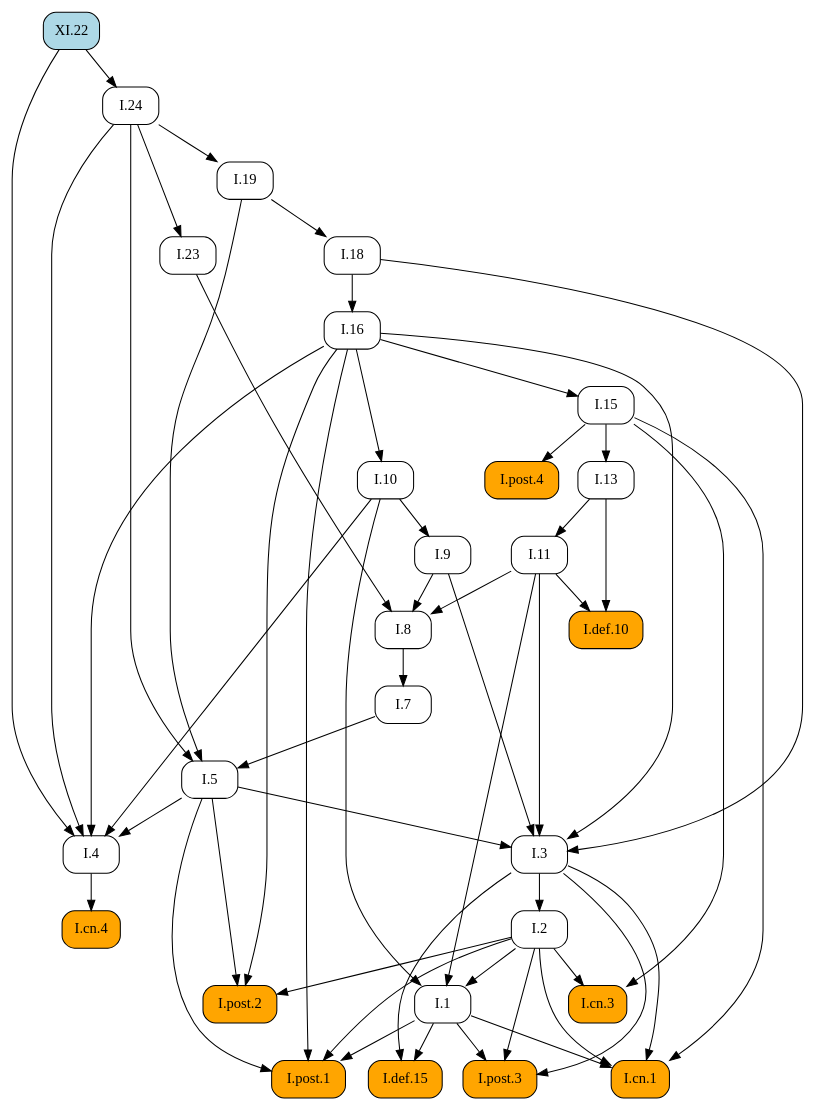
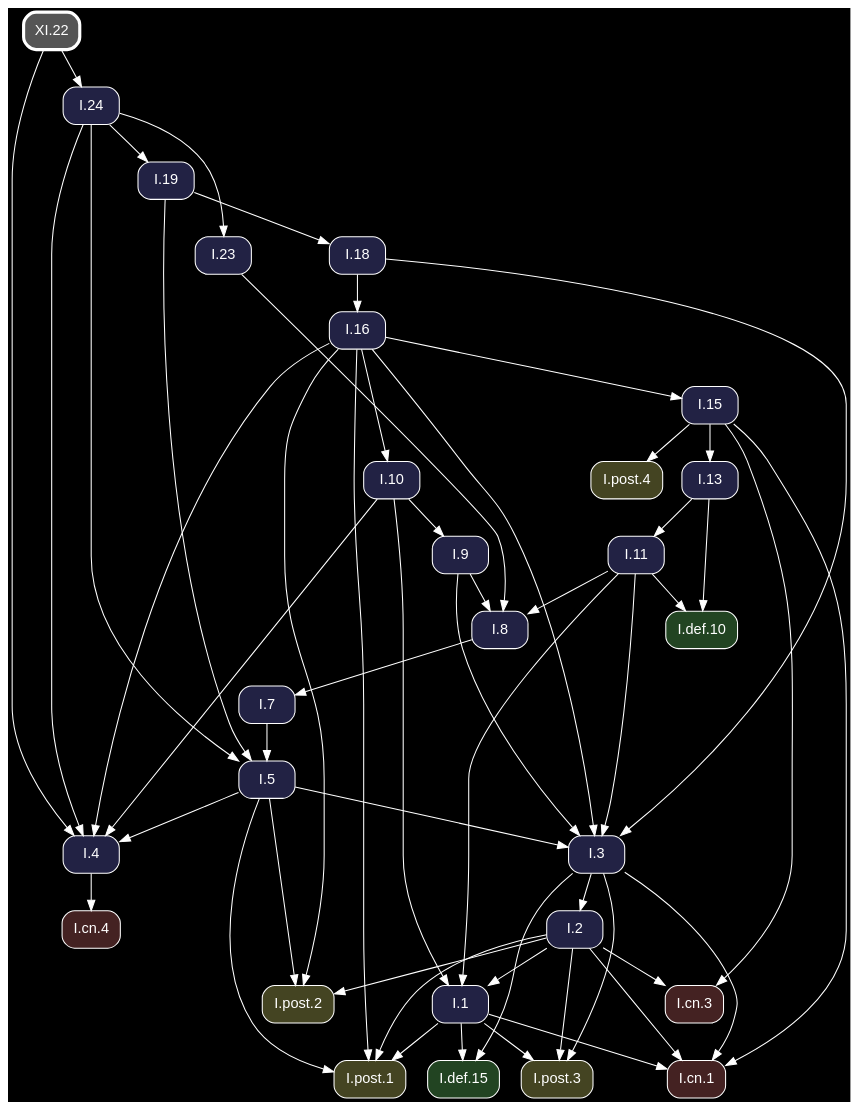
Before and after one commit to geometor/elements: the diagram in docsrc/heath/XI/22/index.rst, drawn with Graphviz. The commit also changed other lines of this file and 1200 other files, not shown here.

Commit message:
update dependency graphs

```diff
--- a/docsrc/heath/XI/22/index.rst
+++ b/docsrc/heath/XI/22/index.rst
@@ -54,86 +54,88 @@
 .. graphviz::
 
    digraph {
+     bgcolor="black";
+     node [shape=box, style="rounded,filled", fontname="Helvetica", color="white", fontcolor="white"];
+     edge [color="white", fontcolor="white"];
      rankdir="TB";
-     node [shape=box, style=rounded];
-     "I.23" [URL="/heath/I/23/", target="_top"];
-     "I.9" [URL="/heath/I/9/", target="_top"];
-     "I.cn.1" [style="rounded,filled", fillcolor=orange, URL="/heath/I/cn.1/", target="_top"];
-     "XI.22" [style="rounded,filled", fillcolor=lightblue, URL="/heath/XI/22/", target="_top"];
-     "I.7" [URL="/heath/I/7/", target="_top"];
-     "I.2" [URL="/heath/I/2/", target="_top"];
-     "I.def.15" [style="rounded,filled", fillcolor=orange, URL="/heath/I/def.15/", target="_top"];
-     "I.13" [URL="/heath/I/13/", target="_top"];
-     "I.post.4" [style="rounded,filled", fillcolor=orange, URL="/heath/I/post.4/", target="_top"];
-     "I.4" [URL="/heath/I/4/", target="_top"];
-     "I.1" [URL="/heath/I/1/", target="_top"];
-     "I.post.3" [style="rounded,filled", fillcolor=orange, URL="/heath/I/post.3/", target="_top"];
-     "I.post.1" [style="rounded,filled", fillcolor=orange, URL="/heath/I/post.1/", target="_top"];
-     "I.5" [URL="/heath/I/5/", target="_top"];
-     "I.19" [URL="/heath/I/19/", target="_top"];
-     "I.8" [URL="/heath/I/8/", target="_top"];
-     "I.cn.3" [style="rounded,filled", fillcolor=orange, URL="/heath/I/cn.3/", target="_top"];
-     "I.16" [URL="/heath/I/16/", target="_top"];
-     "I.def.10" [style="rounded,filled", fillcolor=orange, URL="/heath/I/def.10/", target="_top"];
-     "I.18" [URL="/heath/I/18/", target="_top"];
-     "I.15" [URL="/heath/I/15/", target="_top"];
-     "I.10" [URL="/heath/I/10/", target="_top"];
-     "I.11" [URL="/heath/I/11/", target="_top"];
-     "I.cn.4" [style="rounded,filled", fillcolor=orange, URL="/heath/I/cn.4/", target="_top"];
-     "I.post.2" [style="rounded,filled", fillcolor=orange, URL="/heath/I/post.2/", target="_top"];
-     "I.24" [URL="/heath/I/24/", target="_top"];
-     "I.3" [URL="/heath/I/3/", target="_top"];
-     "I.24" -> "I.23";
-     "I.10" -> "I.9";
+     "I.3" [fillcolor="#222244", URL="/heath/I/3/", target="_top"];
+     "I.post.1" [fillcolor="#444422", URL="/heath/I/post.1/", target="_top"];
+     "I.cn.1" [fillcolor="#442222", URL="/heath/I/cn.1/", target="_top"];
+     "I.19" [fillcolor="#222244", URL="/heath/I/19/", target="_top"];
+     "I.def.10" [fillcolor="#224422", URL="/heath/I/def.10/", target="_top"];
+     "I.15" [fillcolor="#222244", URL="/heath/I/15/", target="_top"];
+     "I.11" [fillcolor="#222244", URL="/heath/I/11/", target="_top"];
+     "I.16" [fillcolor="#222244", URL="/heath/I/16/", target="_top"];
+     "I.cn.3" [fillcolor="#442222", URL="/heath/I/cn.3/", target="_top"];
+     "I.13" [fillcolor="#222244", URL="/heath/I/13/", target="_top"];
+     "I.2" [fillcolor="#222244", URL="/heath/I/2/", target="_top"];
+     "I.24" [fillcolor="#222244", URL="/heath/I/24/", target="_top"];
+     "I.post.2" [fillcolor="#444422", URL="/heath/I/post.2/", target="_top"];
+     "I.cn.4" [fillcolor="#442222", URL="/heath/I/cn.4/", target="_top"];
+     "XI.22" [penwidth=3, color="white", fillcolor="#555555", URL="/heath/XI/22/", target="_top"];
+     "I.9" [fillcolor="#222244", URL="/heath/I/9/", target="_top"];
+     "I.1" [fillcolor="#222244", URL="/heath/I/1/", target="_top"];
+     "I.post.4" [fillcolor="#444422", URL="/heath/I/post.4/", target="_top"];
+     "I.23" [fillcolor="#222244", URL="/heath/I/23/", target="_top"];
+     "I.8" [fillcolor="#222244", URL="/heath/I/8/", target="_top"];
+     "I.4" [fillcolor="#222244", URL="/heath/I/4/", target="_top"];
+     "I.post.3" [fillcolor="#444422", URL="/heath/I/post.3/", target="_top"];
+     "I.18" [fillcolor="#222244", URL="/heath/I/18/", target="_top"];
+     "I.7" [fillcolor="#222244", URL="/heath/I/7/", target="_top"];
+     "I.def.15" [fillcolor="#224422", URL="/heath/I/def.15/", target="_top"];
+     "I.5" [fillcolor="#222244", URL="/heath/I/5/", target="_top"];
+     "I.10" [fillcolor="#222244", URL="/heath/I/10/", target="_top"];
+     "I.5" -> "I.3";
+     "I.9" -> "I.3";
+     "I.11" -> "I.3";
+     "I.16" -> "I.3";
+     "I.18" -> "I.3";
+     "I.1" -> "I.post.1";
+     "I.2" -> "I.post.1";
+     "I.5" -> "I.post.1";
+     "I.16" -> "I.post.1";
      "I.1" -> "I.cn.1";
      "I.2" -> "I.cn.1";
      "I.3" -> "I.cn.1";
      "I.15" -> "I.cn.1";
-     "I.8" -> "I.7";
+     "I.24" -> "I.19";
+     "I.11" -> "I.def.10";
+     "I.13" -> "I.def.10";
+     "I.16" -> "I.15";
+     "I.13" -> "I.11";
+     "I.18" -> "I.16";
+     "I.2" -> "I.cn.3";
+     "I.15" -> "I.cn.3";
+     "I.15" -> "I.13";
      "I.3" -> "I.2";
-     "I.1" -> "I.def.15";
-     "I.3" -> "I.def.15";
-     "I.15" -> "I.13";
+     "XI.22" -> "I.24";
+     "I.2" -> "I.post.2";
+     "I.5" -> "I.post.2";
+     "I.16" -> "I.post.2";
+     "I.4" -> "I.cn.4";
+     "I.10" -> "I.9";
+     "I.2" -> "I.1";
+     "I.10" -> "I.1";
+     "I.11" -> "I.1";
      "I.15" -> "I.post.4";
+     "I.24" -> "I.23";
+     "I.9" -> "I.8";
+     "I.11" -> "I.8";
+     "I.23" -> "I.8";
      "I.5" -> "I.4";
      "I.10" -> "I.4";
      "I.16" -> "I.4";
      "I.24" -> "I.4";
      "XI.22" -> "I.4";
-     "I.2" -> "I.1";
-     "I.10" -> "I.1";
-     "I.11" -> "I.1";
      "I.1" -> "I.post.3";
      "I.2" -> "I.post.3";
      "I.3" -> "I.post.3";
-     "I.1" -> "I.post.1";
-     "I.2" -> "I.post.1";
-     "I.5" -> "I.post.1";
-     "I.16" -> "I.post.1";
+     "I.19" -> "I.18";
+     "I.8" -> "I.7";
+     "I.1" -> "I.def.15";
+     "I.3" -> "I.def.15";
      "I.7" -> "I.5";
      "I.19" -> "I.5";
      "I.24" -> "I.5";
-     "I.24" -> "I.19";
-     "I.9" -> "I.8";
-     "I.11" -> "I.8";
-     "I.23" -> "I.8";
-     "I.2" -> "I.cn.3";
-     "I.15" -> "I.cn.3";
-     "I.18" -> "I.16";
-     "I.11" -> "I.def.10";
-     "I.13" -> "I.def.10";
-     "I.19" -> "I.18";
-     "I.16" -> "I.15";
      "I.16" -> "I.10";
-     "I.13" -> "I.11";
-     "I.4" -> "I.cn.4";
-     "I.2" -> "I.post.2";
-     "I.5" -> "I.post.2";
-     "I.16" -> "I.post.2";
-     "XI.22" -> "I.24";
-     "I.5" -> "I.3";
-     "I.9" -> "I.3";
-     "I.11" -> "I.3";
-     "I.16" -> "I.3";
-     "I.18" -> "I.3";
    }
```
